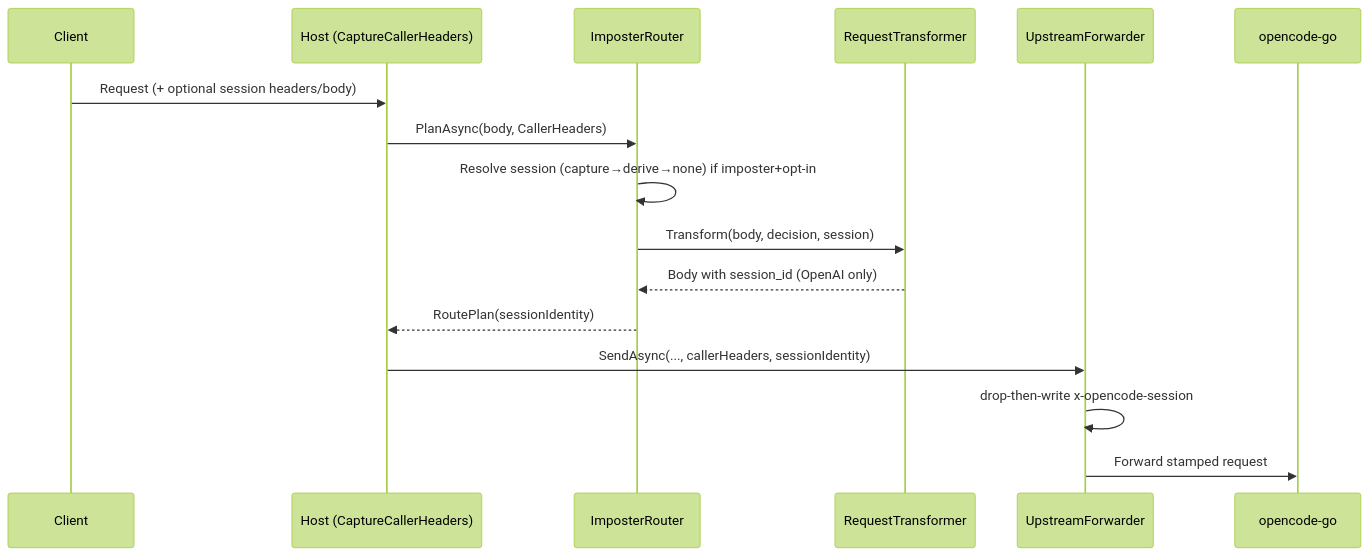
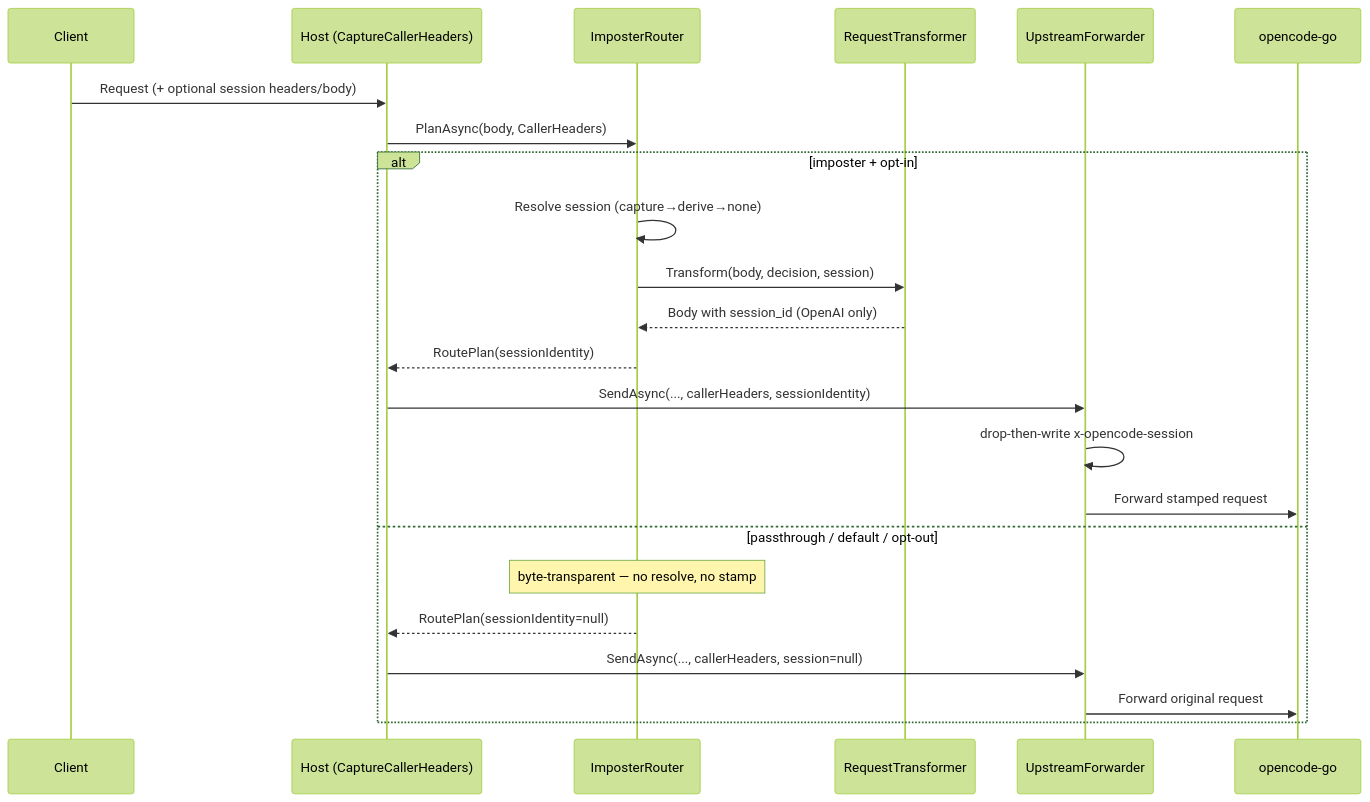
Before and after one commit to generic-automation-and-it/smooth-llm-imposter: the second of 2 diagrams in .docs/hlds/009-session-identity-forwarding/diagrams/c4-context.md, drawn with Mermaid (forest theme). The commit also changed other lines of this file and 11 other files, not shown here.

````diff
--- a/.docs/hlds/009-session-identity-forwarding/diagrams/c4-context.md
+++ b/.docs/hlds/009-session-identity-forwarding/diagrams/c4-context.md
@@ -15,19 +21,26 @@
 ```mermaid
 sequenceDiagram
   participant C as Client
   participant H as Host (CaptureCallerHeaders)
   participant R as ImposterRouter
   participant T as RequestTransformer
   participant F as UpstreamForwarder
   participant U as opencode-go
 
   C->>H: Request (+ optional session headers/body)
   H->>R: PlanAsync(body, CallerHeaders)
-  R->>R: Resolve session (capture→derive→none) if imposter+opt-in
-  R->>T: Transform(body, decision, session)
-  T-->>R: Body with session_id (OpenAI only)
-  R-->>H: RoutePlan(sessionIdentity)
-  H->>F: SendAsync(..., callerHeaders, sessionIdentity)
-  F->>F: drop-then-write x-opencode-session
-  F->>U: Forward stamped request
+  alt imposter + opt-in
+    R->>R: Resolve session (capture→derive→none)
+    R->>T: Transform(body, decision, session)
+    T-->>R: Body with session_id (OpenAI only)
+    R-->>H: RoutePlan(sessionIdentity)
+    H->>F: SendAsync(..., callerHeaders, sessionIdentity)
+    F->>F: drop-then-write x-opencode-session
+    F->>U: Forward stamped request
+  else passthrough / default / opt-out
+    Note over R: byte-transparent — no resolve, no stamp
+    R-->>H: RoutePlan(sessionIdentity=null)
+    H->>F: SendAsync(..., callerHeaders, session=null)
+    F->>U: Forward original request
+  end
 ```
````
